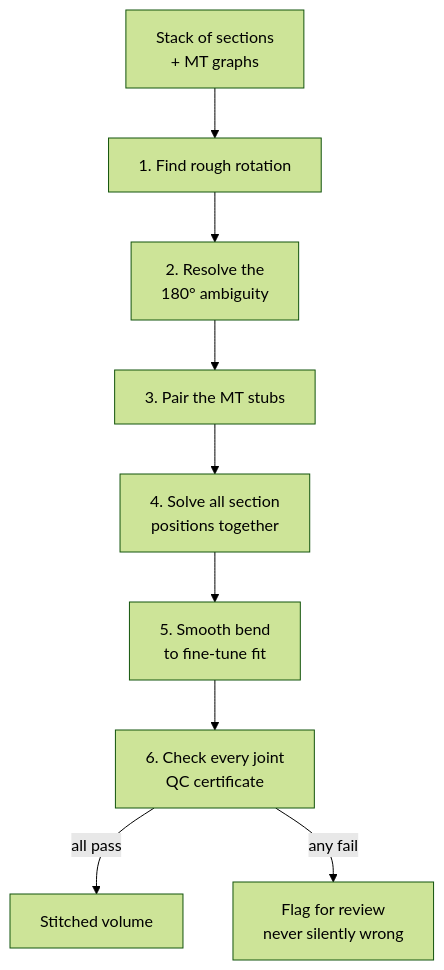
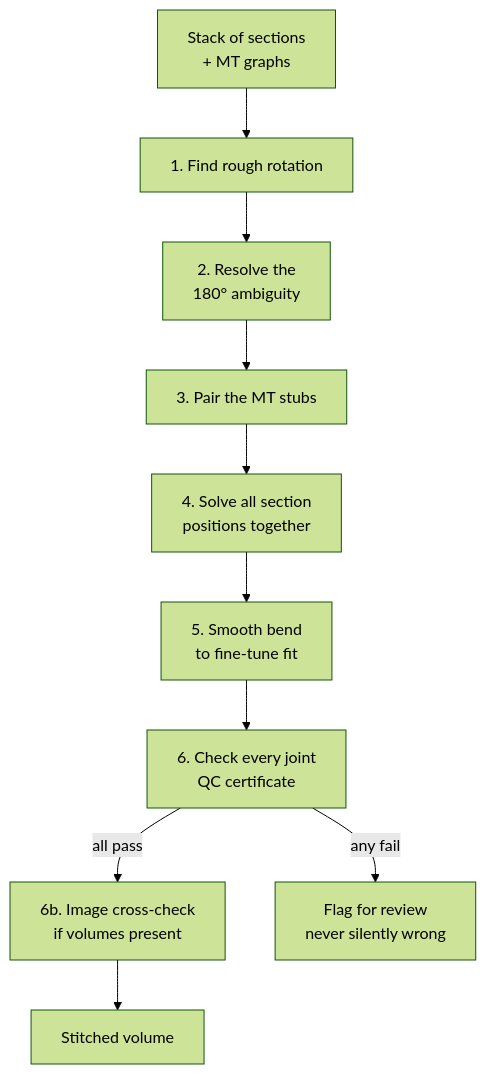
Before and after one commit to RRobert92/pandorica: the diagram in pandorica/stitch/HOW_IT_WORKS.md, drawn with Mermaid (forest theme). The commit also changed other lines of this file and 9 other files, not shown here.

First line of the commit message:
Image RANSAC cross-check & image_pose upgrades

````diff
--- a/pandorica/stitch/HOW_IT_WORKS.md
+++ b/pandorica/stitch/HOW_IT_WORKS.md
@@ -67,11 +67,12 @@
 ```mermaid
 flowchart TB
     A[Stack of sections<br/>+ MT graphs] --> B[1. Find rough rotation]
     B --> C[2. Resolve the<br/>180° ambiguity]
     C --> D[3. Pair the MT stubs]
     D --> E[4. Solve all section<br/>positions together]
     E --> F[5. Smooth bend<br/>to fine-tune fit]
     F --> G[6. Check every joint<br/>QC certificate]
-    G -->|all pass| H[Stitched volume]
+    G -->|all pass| J[6b. Image cross-check<br/>if volumes present]
+    J --> H[Stitched volume]
     G -->|any fail| I[Flag for review<br/>never silently wrong]
 ```
````
